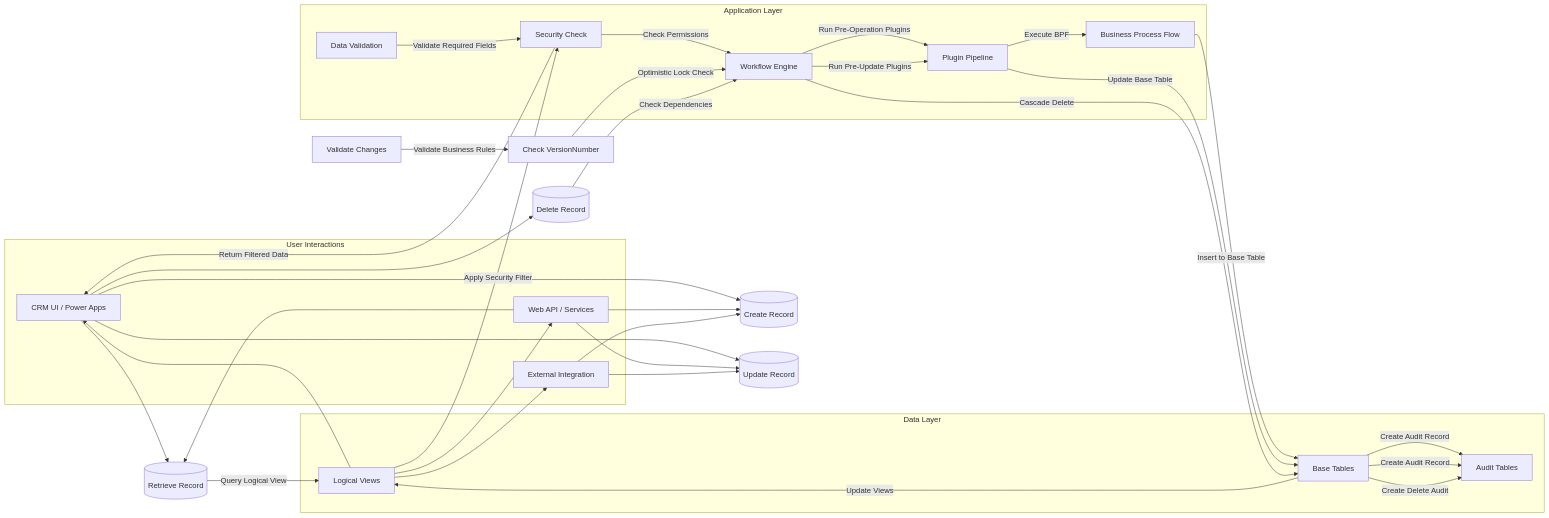
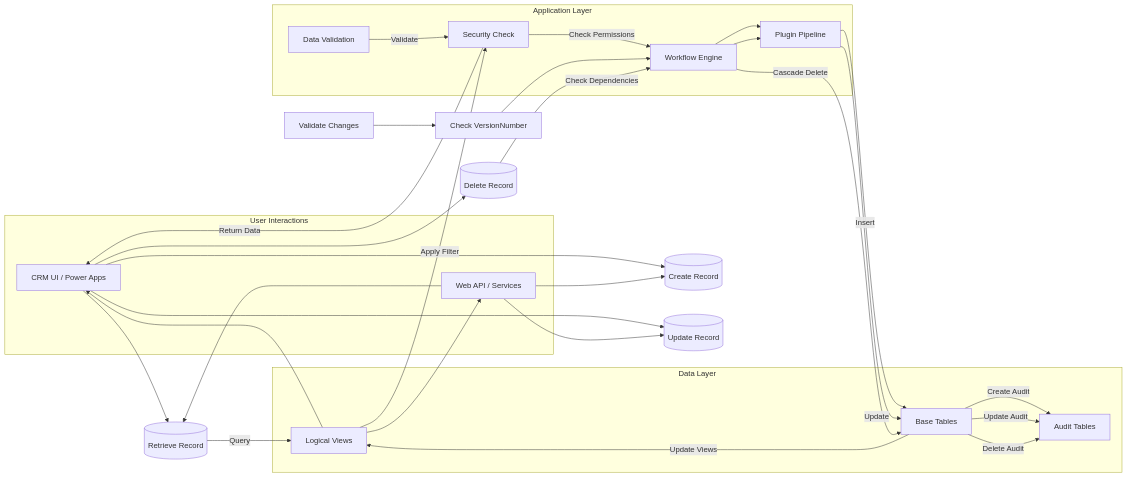
One commit to JohnDevaSahayam/Dynamic-365-Database-Documentation changed the eighth of 15 diagrams in D365_Mermaid_Diagrams.md. Above: the diagram before and after it, drawn with Mermaid. The commit also changed other lines of this file, not shown here.

Commit message:
mermaid diagram docment changes

````diff
--- a/D365_Mermaid_Diagrams.md
+++ b/D365_Mermaid_Diagrams.md
@@ -1201,81 +988,71 @@
 ```mermaid
 flowchart LR
-    %% ==================== EXTERNAL ENTITIES ====================
+    %% EXTERNAL ENTITIES
     subgraph EXTERNAL["User Interactions"]
         UI["CRM UI / Power Apps"]
         API["Web API / Services"]
-        INTEGRATION["External Integration"]
     end
     
-    %% ==================== APPLICATION LAYER ====================
+    %% APPLICATION LAYER
     subgraph APPLICATION["Application Layer"]
         VALIDATE["Data Validation"]
         SECURITY["Security Check"]
         WORKFLOW["Workflow Engine"]
         PLUGIN["Plugin Pipeline"]
-        BPF["Business Process Flow"]
     end
     
-    %% ==================== DATA LAYER ====================
+    %% DATA LAYER
     subgraph DATA["Data Layer"]
         BASE["Base Tables"]
         VIEWS["Logical Views"]
         AUDIT["Audit Tables"]
     end
     
-    %% ==================== ENTITY OPERATIONS ====================
-    
     %% CREATE FLOW
     CREATE[("Create Record")]
-    VALIDATE -->|"Validate Required Fields"| SECURITY
+    VALIDATE -->|"Validate"| SECURITY
     SECURITY -->|"Check Permissions"| WORKFLOW
-    WORKFLOW -->|"Run Pre-Operation Plugins"| PLUGIN
-    PLUGIN -->|"Execute BPF"| BPF
-    BPF -->|"Insert to Base Table"| BASE
-    BASE -->|"Create Audit Record"| AUDIT
+    WORKFLOW --> PLUGIN
+    PLUGIN -->|"Insert"| BASE
+    BASE -->|"Create Audit"| AUDIT
     BASE -->|"Update Views"| VIEWS
     
     %% UPDATE FLOW
     UPDATE[("Update Record")]
+    CONCURRENCY["Check VersionNumber"]
     VALIDATE_UPDATE["Validate Changes"]
-    CONCURRENCY["Check VersionNumber"]
-    VALIDATE_UPDATE -->|"Validate Business Rules"| CONCURRENCY
-    CONCURRENCY -->|"Optimistic Lock Check"| WORKFLOW
-    WORKFLOW -->|"Run Pre-Update Plugins"| PLUGIN
-    PLUGIN -->|"Update Base Table"| BASE
-    BASE -->|"Create Audit Record"| AUDIT
+    VALIDATE_UPDATE --> CONCURRENCY
+    CONCURRENCY --> WORKFLOW
+    WORKFLOW --> PLUGIN
+    PLUGIN -->|"Update"| BASE
+    BASE -->|"Update Audit"| AUDIT
     
     %% RETRIEVE FLOW
     RETRIEVE[("Retrieve Record")]
-    RETRIEVE -->|"Query Logical View"| VIEWS
-    VIEWS -->|"Apply Security Filter"| SECURITY
-    SECURITY -->|"Return Filtered Data"| UI
+    RETRIEVE -->|"Query"| VIEWS
+    VIEWS -->|"Apply Filter"| SECURITY
+    SECURITY -->|"Return Data"| UI
     
     %% DELETE FLOW
     DELETE[("Delete Record")]
     DELETE -->|"Check Dependencies"| WORKFLOW
     WORKFLOW -->|"Cascade Delete"| BASE
-    BASE -->|"Create Delete Audit"| AUDIT
+    BASE -->|"Delete Audit"| AUDIT
     
-    %% Flows from external
+    %% External connections
     UI --> CREATE
     UI --> UPDATE
     UI --> RETRIEVE
     UI --> DELETE
     
     API --> CREATE
     API --> UPDATE
     API --> RETRIEVE
     
-    INTEGRATION --> CREATE
-    INTEGRATION --> UPDATE
-    
-    %% Output to external
     VIEWS --> UI
     VIEWS --> API
-    VIEWS --> INTEGRATION
     
-    class UI,API,INTEGRATION fill:#e8eaf6,stroke:#3f51b5
-    class VALIDATE,SECURITY,WORKFLOW,PLUGIN,BPF fill:#fff8e1,stroke:#ff8f00
+    class UI,API fill:#e8eaf6,stroke:#3f51b5
+    class VALIDATE,SECURITY,WORKFLOW,PLUGIN fill:#fff8e1,stroke:#ff8f00
     class BASE,VIEWS,AUDIT fill:#e8f5e9,stroke:#2e7d32
 ```
````
